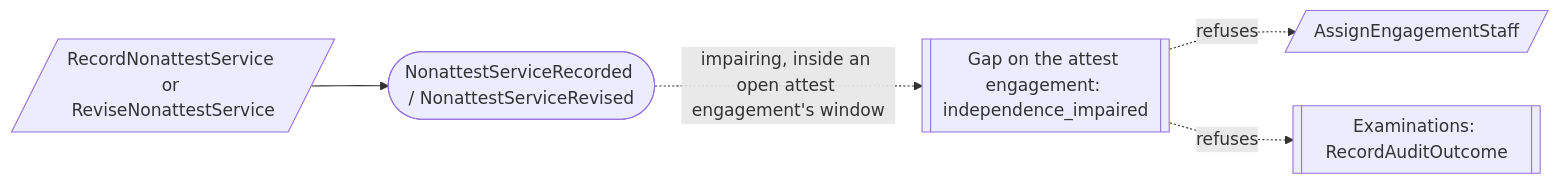
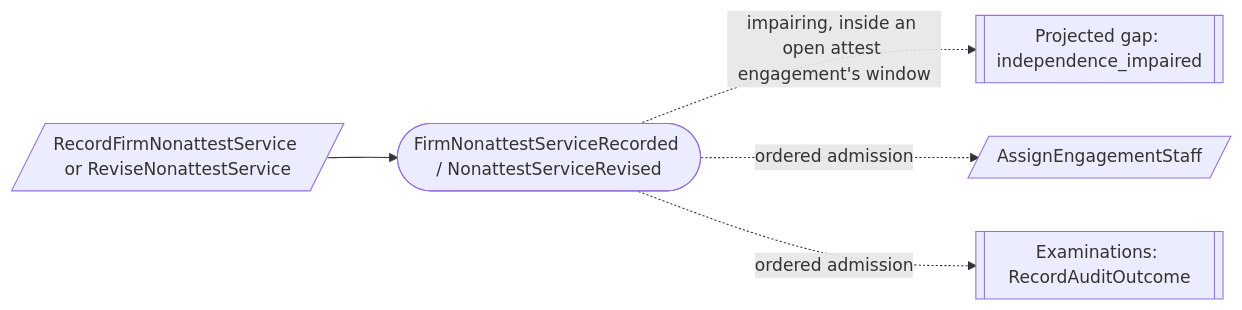
The seventh of 8 diagrams in docs/proposed/contexts/firm-services.md (bdgrz/compliance-core), drawn with Mermaid before and after one commit. The commit also changed other lines of this file and 1812 other files, not shown here.

````diff
--- a/docs/proposed/contexts/firm-services.md
+++ b/docs/proposed/contexts/firm-services.md
@@ -388,7 +473,7 @@
 ```mermaid
 flowchart LR
-    C1[/RecordNonattestService or ReviseNonattestService/] --> E1([NonattestServiceRecorded / NonattestServiceRevised])
-    E1 -. "impairing, inside an open attest engagement's window" .-> G1[[Gap on the attest engagement: independence_impaired]]
-    G1 -. "refuses" .-> C2[/AssignEngagementStaff/]
-    G1 -. "refuses" .-> C3[[Examinations: RecordAuditOutcome]]
+    C1[/RecordFirmNonattestService or ReviseNonattestService/] --> E1([FirmNonattestServiceRecorded / NonattestServiceRevised])
+    E1 -. "impairing, inside an open attest engagement's window" .-> G1[[Projected gap: independence_impaired]]
+    E1 -. "ordered admission" .-> C2[/AssignEngagementStaff/]
+    E1 -. "ordered admission" .-> C3[[Examinations: RecordAuditOutcome]]
 ```
````
